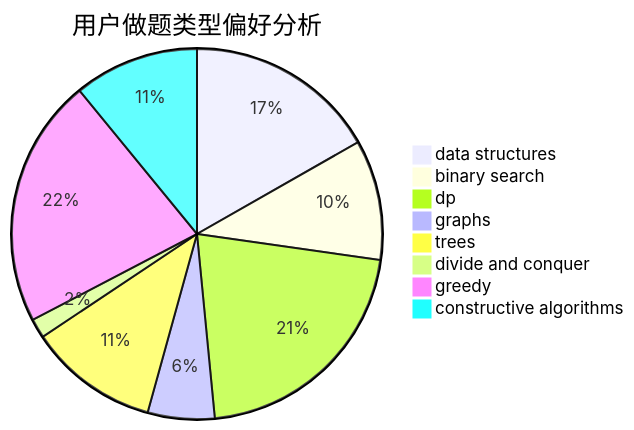
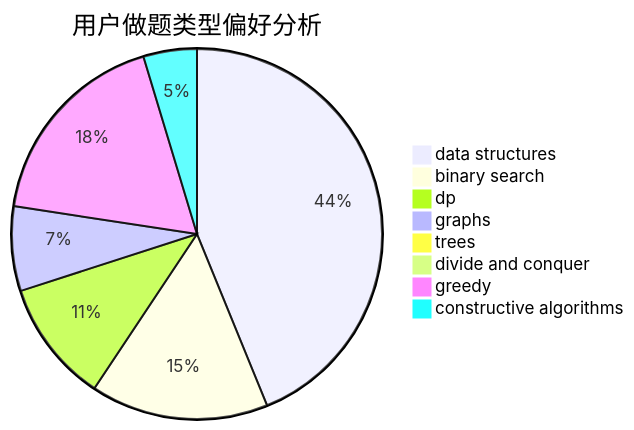
Before and after one commit to sherpahu/cfrs.github.io: the second of 3 diagrams in docs/user/u1676.md, drawn with Mermaid. The commit also changed other lines of this file and 2770 other files, not shown here.

````diff
--- a/docs/user/u1676.md
+++ b/docs/user/u1676.md
@@ -23,11 +23,11 @@
 ```mermaid
 pie title 用户做题类型偏好分析
-    "data structures" :  158
-    "binary search" :  99
-    "dp" :  200
-    "graphs" :  55
-    "trees" :  107
-    "divide and conquer" :  16
-    "greedy" :  205
-    "constructive algorithms" :  103
+    "data structures" :  291
+    "binary search" :  103
+    "dp" :  71
+    "graphs" :  49
+    "trees" :  1
+    "divide and conquer" :  1
+    "greedy" :  119
+    "constructive algorithms" :  31
 ```
````
